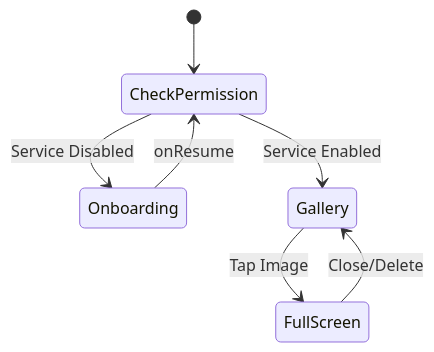
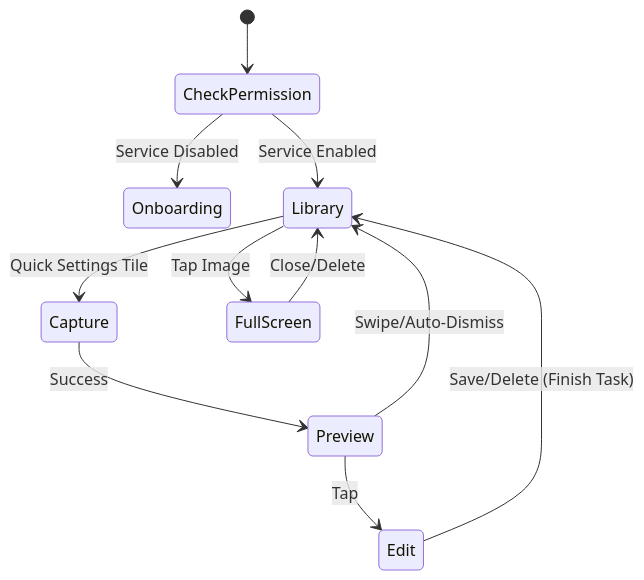
The diagram in docs/ui-flow.md (BFCmath/snapshort), drawn with Mermaid before and after one commit. The commit also changed other lines of this file and 3 other files, not shown here.

````diff
--- a/docs/ui-flow.md
+++ b/docs/ui-flow.md
@@ -73,9 +94,13 @@
 ```mermaid
 stateDiagram-v2
     [*] --> CheckPermission
     CheckPermission --> Onboarding: Service Disabled
-    CheckPermission --> Gallery: Service Enabled
-    Onboarding --> CheckPermission: onResume
-    Gallery --> FullScreen: Tap Image
-    FullScreen --> Gallery: Close/Delete
+    CheckPermission --> Library: Service Enabled
+    Library --> Capture : Quick Settings Tile
+    Capture --> Preview : Success
+    Preview --> Library : Swipe/Auto-Dismiss
+    Preview --> Edit : Tap
+    Edit --> Library : Save/Delete (Finish Task)
+    Library --> FullScreen: Tap Image
+    FullScreen --> Library: Close/Delete
 ```
````
